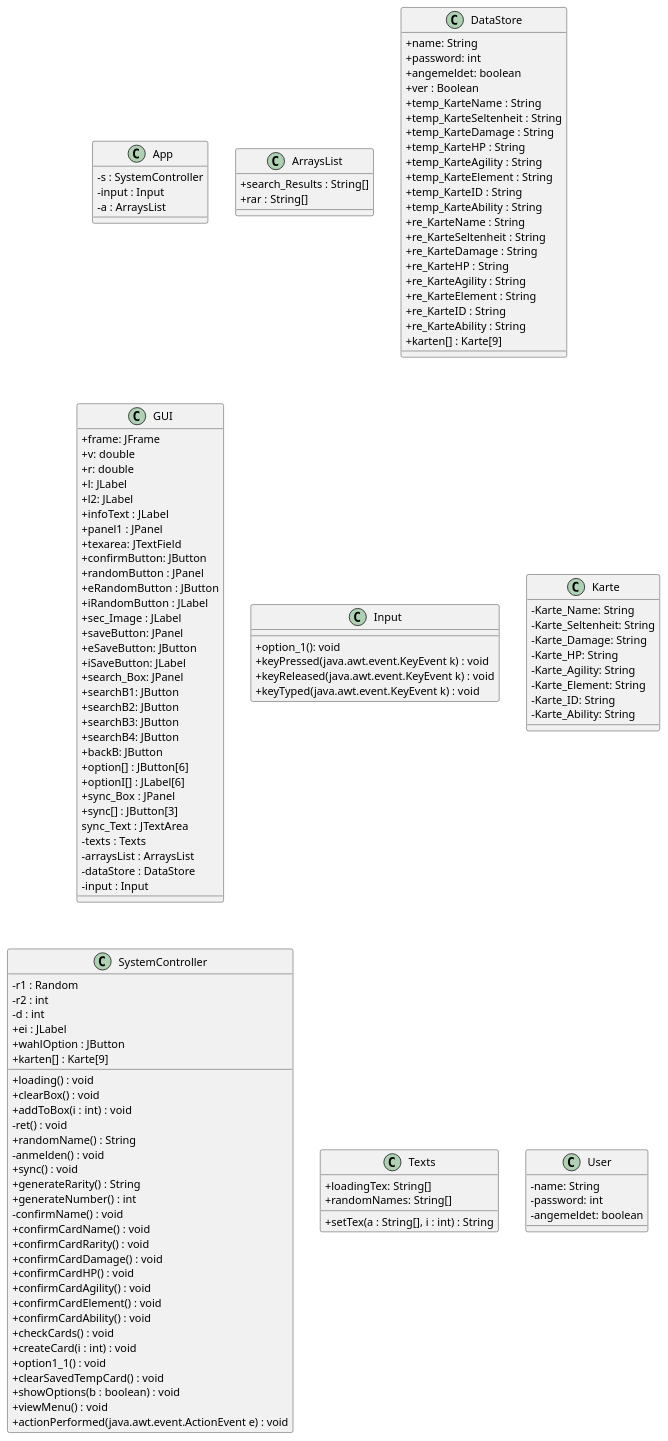
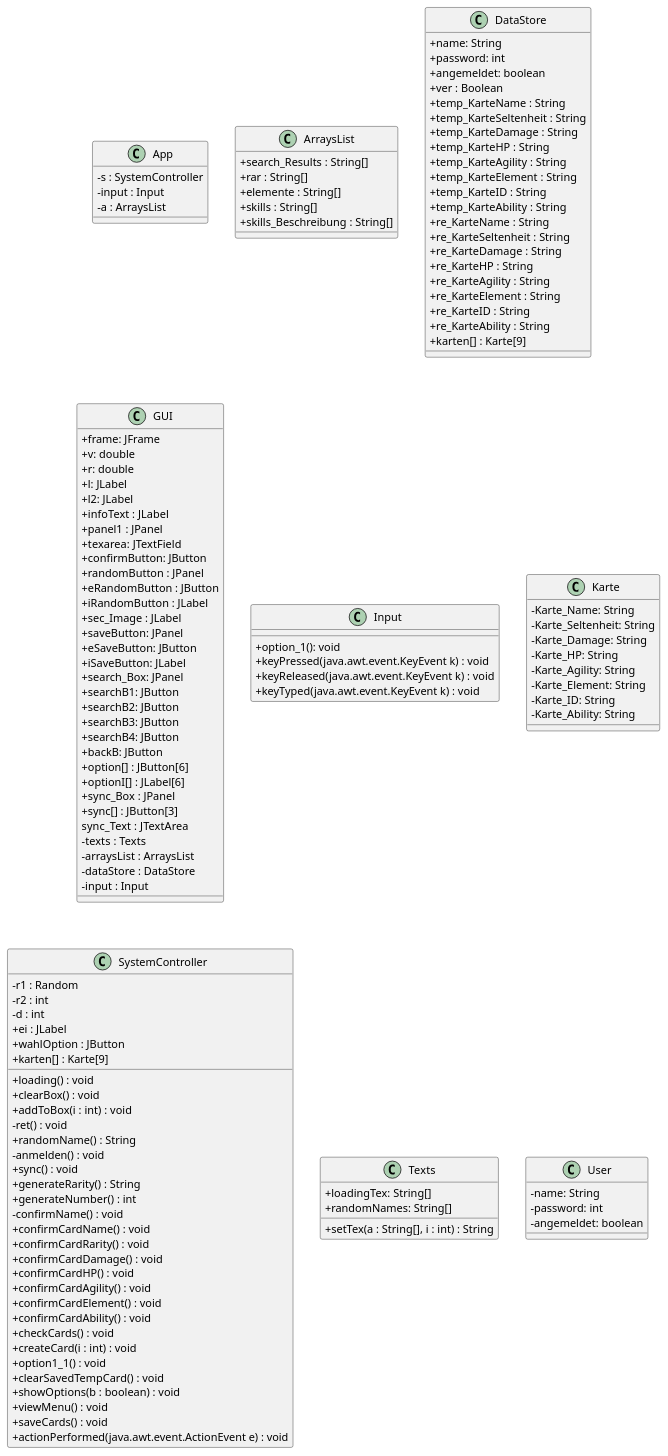
Before and after one commit to teach404W/Verwaltungssoftware_Team_2: the diagram in Docs/Pflichtenheft/Diagramme/Klassendiagramme.iuml, drawn with PlantUML. The commit also changed 4 other files, not shown here.

```diff
--- a/Docs/Pflichtenheft/Diagramme/Klassendiagramme.iuml
+++ b/Docs/Pflichtenheft/Diagramme/Klassendiagramme.iuml
@@ -1,148 +1,153 @@
 @startuml
 skinparam classAttributeIconSize 0
 
 class App{
  -s : SystemController
  -input : Input
  -a : ArraysList
 }
 
 
 
 class ArraysList{
 +search_Results : String[]
 +rar : String[]
++elemente : String[]
++skills : String[]
++skills_Beschreibung : String[]
+
  }
  
  class DataStore{
  +name: String
  +password: int
  +angemeldet: boolean
  +ver : Boolean
  +temp_KarteName : String
  +temp_KarteSeltenheit : String
  +temp_KarteDamage : String
  +temp_KarteHP : String
  +temp_KarteAgility : String
  +temp_KarteElement : String
  +temp_KarteID : String
  +temp_KarteAbility : String    
  +re_KarteName : String
  +re_KarteSeltenheit : String
  +re_KarteDamage : String
  +re_KarteHP : String
  +re_KarteAgility : String
  +re_KarteElement : String
  +re_KarteID : String
  +re_KarteAbility : String
  +karten[] : Karte[9]
 }
 
 
 
 
 
 class GUI{
  +frame: JFrame
  +v: double
  +r: double
  +l: JLabel
  +l2: JLabel
  +infoText : JLabel
  +panel1 : JPanel
  +texarea: JTextField
  +confirmButton: JButton
  +randomButton : JPanel
  +eRandomButton : JButton
  +iRandomButton : JLabel
  +sec_Image : JLabel
  +saveButton: JPanel
  +eSaveButton: JButton
  +iSaveButton: JLabel
  +search_Box: JPanel
  +searchB1: JButton
  +searchB2: JButton
  +searchB3: JButton
  +searchB4: JButton
  +backB: JButton
  +option[] : JButton[6]
  +optionI[] : JLabel[6]
  +sync_Box : JPanel
  +sync[] : JButton[3]
  sync_Text : JTextArea
  -texts : Texts
  -arraysList : ArraysList
  -dataStore : DataStore
  -input : Input
 
 }
 
 
 class Input{
  +option_1(): void
  +keyPressed(java.awt.event.KeyEvent k) : void
  +keyReleased(java.awt.event.KeyEvent k) : void
  +keyTyped(java.awt.event.KeyEvent k) : void
 }
 
 class Karte{
  -Karte_Name: String
  -Karte_Seltenheit: String
  -Karte_Damage: String
  -Karte_HP: String
  -Karte_Agility: String
  -Karte_Element: String
  -Karte_ID: String
  -Karte_Ability: String
 
 }
 
 class SystemController{
 -r1 : Random
 -r2 : int
 -d : int
 +ei : JLabel
 +wahlOption : JButton
  +karten[] : Karte[9]
  +loading() : void
  +clearBox() : void
  +addToBox(i : int) : void
  -ret() : void
  +randomName() : String
  -anmelden() : void
  +sync() : void
  +generateRarity() : String
  +generateNumber() : int
  -confirmName() : void
  +confirmCardName() : void
  +confirmCardRarity() : void
  +confirmCardDamage() : void
  +confirmCardHP() : void
  +confirmCardAgility() : void
  +confirmCardElement() : void
  +confirmCardAbility() : void
  +checkCards() : void
  +createCard(i : int) : void
  +option1_1() : void
  +clearSavedTempCard() : void
  +showOptions(b : boolean) : void
  +viewMenu() : void
+ +saveCards() : void
  +actionPerformed(java.awt.event.ActionEvent e) : void
 }
 
 
 class Texts{
 +loadingTex: String[]
 +randomNames: String[]
 +setTex(a : String[], i : int) : String
 }
 
 class User{
  -name: String
  -password: int
  -angemeldet: boolean
 }
 
 
 
 @enduml
```
